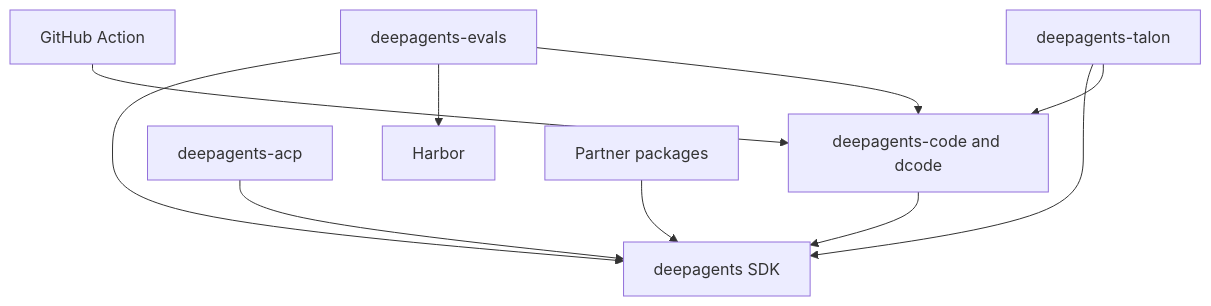
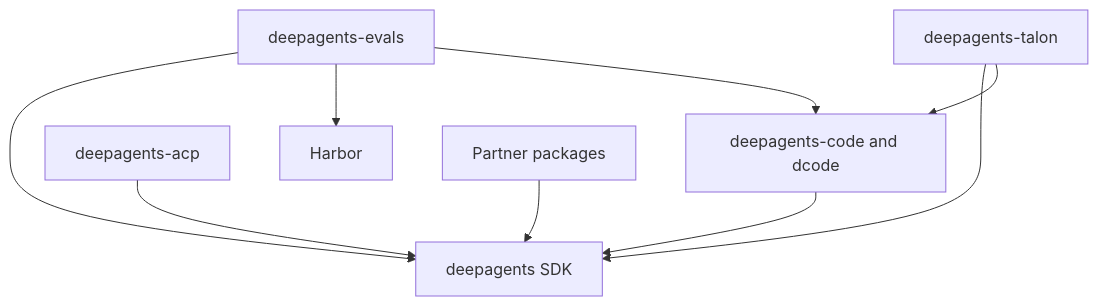
One commit to langchain-ai/deepagents changed the diagram in openwiki/quickstart.md. Above: the diagram before and after it, drawn with Mermaid. The commit also changed other lines of this file and 26 other files, not shown here.

````diff
--- a/openwiki/quickstart.md
+++ b/openwiki/quickstart.md
@@ -137,12 +104,11 @@
 ```mermaid
 flowchart TD
     Code["deepagents-code and dcode"] --> SDK["deepagents SDK"]
     ACP["deepagents-acp"] --> SDK
     Evals["deepagents-evals"] --> SDK
     Evals --> Harbor["Harbor"]
     Evals --> Code
     Talon["deepagents-talon"] --> SDK
     Talon --> Code
     Partners["Partner packages"] --> SDK
-    Action["GitHub Action"] --> Code
 ```
````
